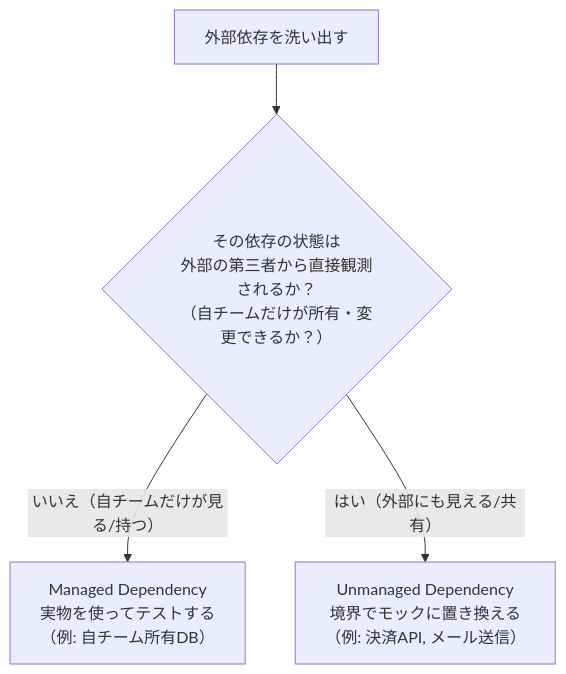
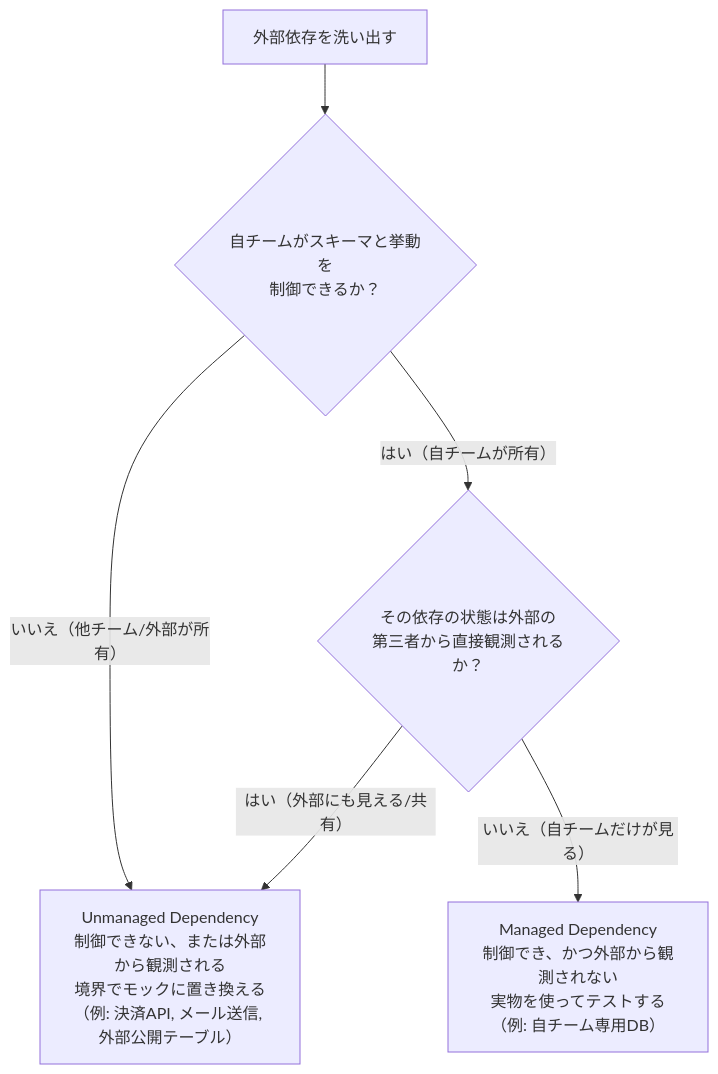
The seventh of 7 diagrams in Unit-testing-principles-practices-patterns-guide.md (myoshi2891/Quality-Assurance-Studies), drawn with Mermaid before and after one commit. The commit also changed other lines of this file and 1 other file, not shown here.

````diff
--- a/Unit-testing-principles-practices-patterns-guide.md
+++ b/Unit-testing-principles-practices-patterns-guide.md
@@ -321,6 +335,8 @@
 ```mermaid
 flowchart TB
-    D["外部依存を洗い出す"] --> Q{"その依存の状態は<br/>外部の第三者から直接観測されるか？<br/>（自チームだけが所有・変更できるか？）"}
-    Q -- "いいえ（自チームだけが見る/持つ）" --> Managed["Managed Dependency<br/>実物を使ってテストする<br/>（例: 自チーム所有DB）"]
-    Q -- "はい（外部にも見える/共有）" --> Unmanaged["Unmanaged Dependency<br/>境界でモックに置き換える<br/>（例: 決済API, メール送信）"]
+    D["外部依存を洗い出す"] --> Q1{"自チームがスキーマと挙動を<br/>制御できるか？"}
+    Q1 -- "いいえ（他チーム/外部が所有）" --> Unmanaged["Unmanaged Dependency<br/>制御できない、または外部から観測される<br/>境界でモックに置き換える<br/>（例: 決済API, メール送信, 外部公開テーブル）"]
+    Q1 -- "はい（自チームが所有）" --> Q2{"その依存の状態は外部の<br/>第三者から直接観測されるか？"}
+    Q2 -- "はい（外部にも見える/共有）" --> Unmanaged
+    Q2 -- "いいえ（自チームだけが見る）" --> Managed["Managed Dependency<br/>制御でき、かつ外部から観測されない<br/>実物を使ってテストする<br/>（例: 自チーム専用DB）"]
 ```
````
